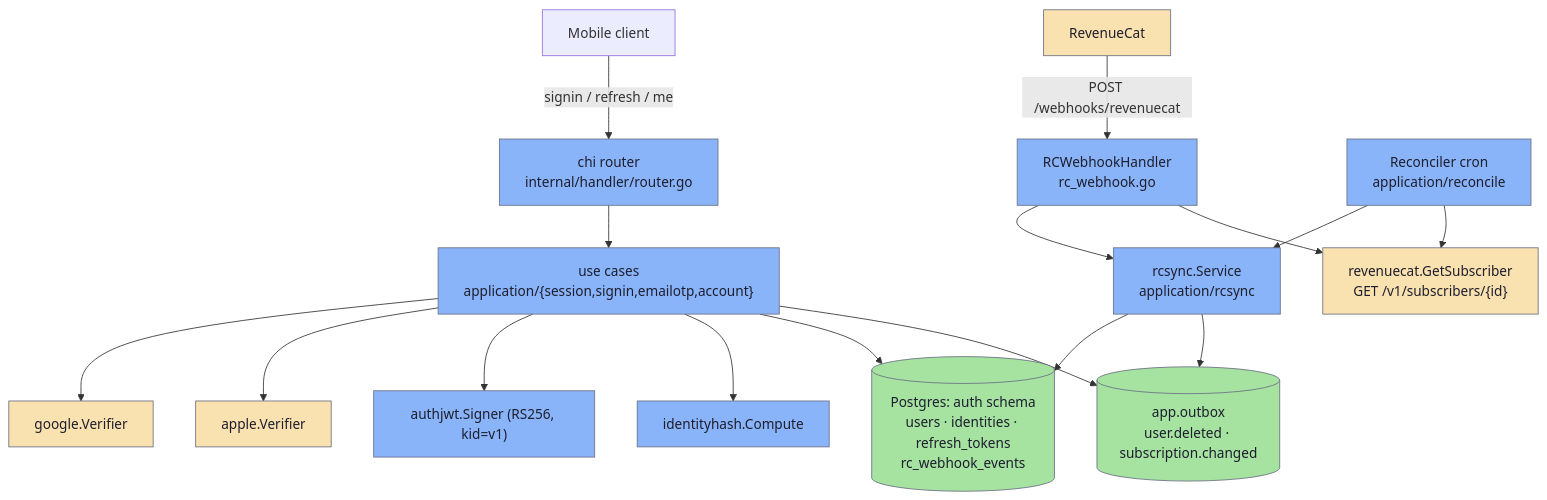
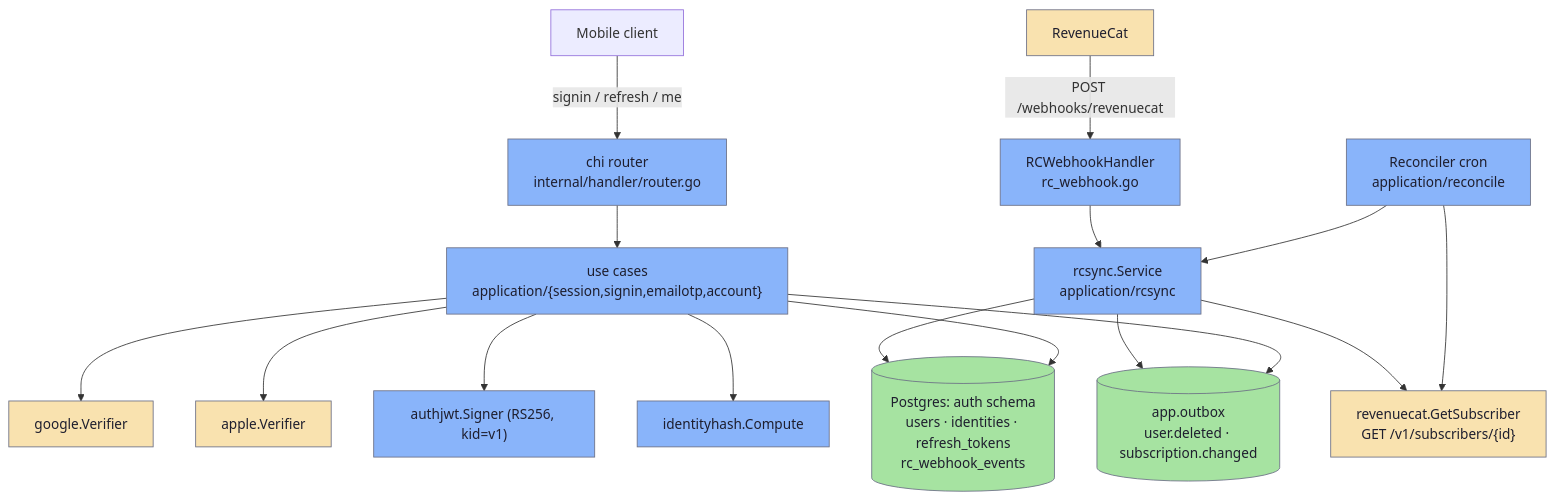
Before and after one commit to jiva-studio/shruti: the first of 3 diagrams in docs/repos/shruti/architecture/auth.md, drawn with Mermaid. The commit also changed other lines of this file and 11 other files, not shown here.

First line of the commit message:
feat(auth): export revenuecat counters and move webhook decisions into rcsync

````diff
--- a/docs/repos/shruti/architecture/auth.md
+++ b/docs/repos/shruti/architecture/auth.md
@@ -9,28 +9,28 @@
 ```mermaid
 graph TD
   client["Mobile client"] -->|"signin / refresh / me"| router["chi router<br/>internal/handler/router.go"]
   rc["RevenueCat"] -->|"POST /webhooks/revenuecat"| webhook["RCWebhookHandler<br/>rc_webhook.go"]
 
   router --> svc["use cases<br/>application/{session,signin,emailotp,account}"]
   webhook --> sync["rcsync.Service<br/>application/rcsync"]
   cron["Reconciler cron<br/>application/reconcile"] --> sync
 
   svc --> gv["google.Verifier"]
   svc --> av["apple.Verifier"]
   svc --> signer["authjwt.Signer (RS256, kid=v1)"]
   svc --> ihash["identityhash.Compute"]
-  webhook --> rcclient["revenuecat.GetSubscriber<br/>GET /v1/subscribers/{id}"]
+  sync --> rcclient["revenuecat.GetSubscriber<br/>GET /v1/subscribers/{id}"]
   cron --> rcclient
 
   sync --> pg
   sync --> outbox
   svc --> pg[("Postgres: auth schema<br/>users · identities · refresh_tokens<br/>rc_webhook_events")]
   svc --> outbox[("app.outbox<br/>user.deleted · subscription.changed")]
 
   classDef accent fill:#89b4fa,stroke:#6c7086,color:#1e1e2e;
   classDef store fill:#a6e3a1,stroke:#6c7086,color:#1e1e2e;
   classDef ext fill:#f9e2af,stroke:#6c7086,color:#1e1e2e;
   class router,webhook,svc,sync,cron,signer,ihash accent;
   class pg,outbox store;
   class rc,rcclient,gv,av ext;
 ```
````
